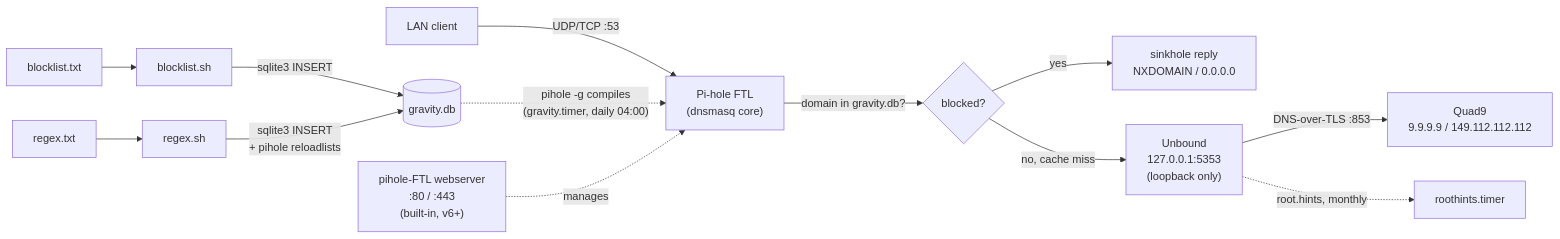
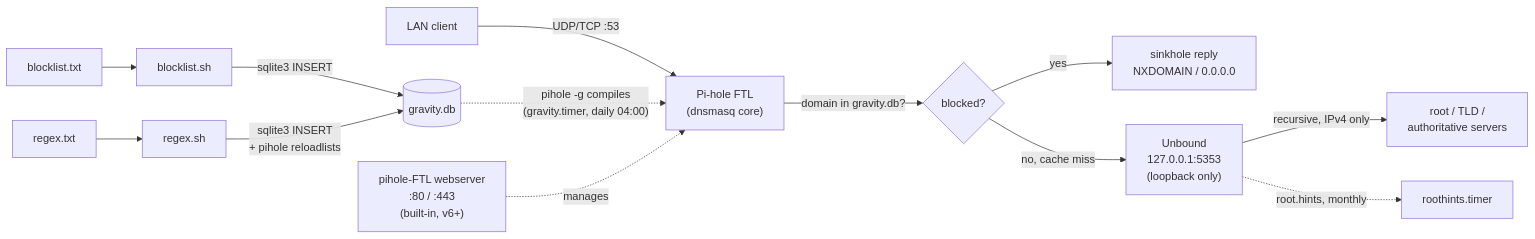
Before and after one commit to kishansundar/pihole-unbound: the diagram in README.md, drawn with Mermaid. The commit also changed other lines of this file and 2 other files, not shown here.

First line of the commit message:
Sync unbound.service and unbound.conf with the live Pi; update README

````diff
--- a/README.md
+++ b/README.md
@@ -51,15 +52,15 @@
 ```mermaid
 flowchart LR
     client["LAN client"] -->|"UDP/TCP :53"| ftl["Pi-hole FTL\n(dnsmasq core)"]
     ftl -->|"domain in gravity.db?"| decision{"blocked?"}
     decision -->|yes| sink["sinkhole reply\nNXDOMAIN / 0.0.0.0"]
     decision -->|"no, cache miss"| unbound["Unbound\n127.0.0.1:5353\n(loopback only)"]
-    unbound -->|"DNS-over-TLS :853"| quad9["Quad9\n9.9.9.9 / 149.112.112.112"]
+    unbound -->|"recursive, IPv4 only"| roots["root / TLD /\nauthoritative servers"]
     unbound -.->|"root.hints, monthly"| hints["roothints.timer"]
     blocklist["blocklist.txt"] --> loader["blocklist.sh"]
     loader -->|"sqlite3 INSERT"| gdb[("gravity.db")]
     gdb -.->|"pihole -g compiles\n(gravity.timer, daily 04:00)"| ftl
     regexfile["regex.txt"] --> regexsh["regex.sh"]
     regexsh -->|"sqlite3 INSERT\n+ pihole reloadlists"| gdb
     admin["pihole-FTL webserver\n:80 / :443\n(built-in, v6+)"] -.manages.-> ftl
 ```
````
